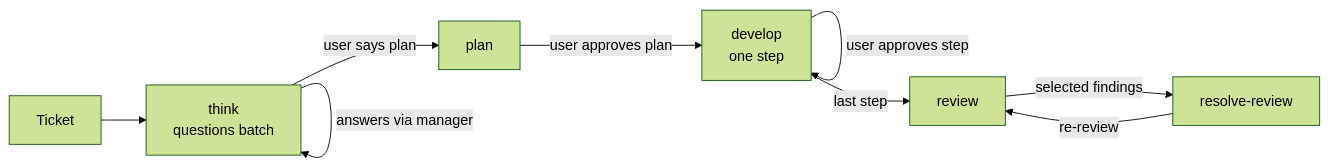
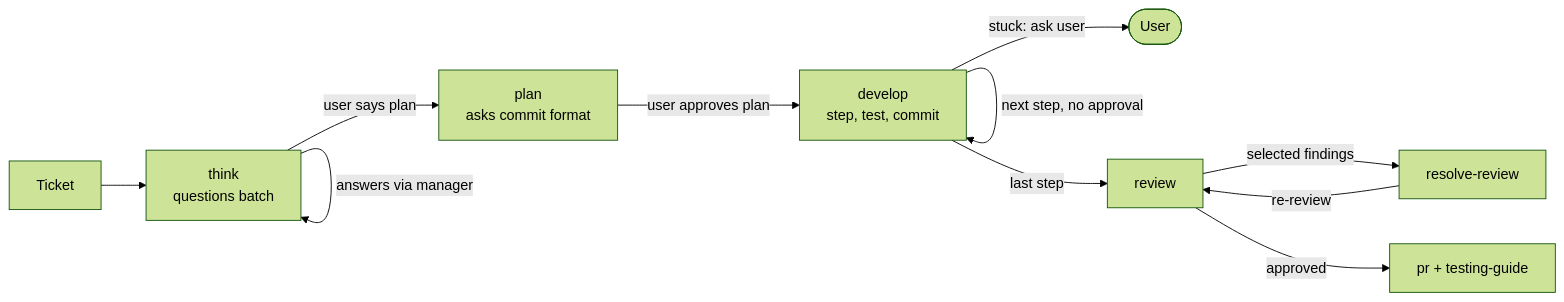
The second of 3 diagrams in agent-workflow/docs/architecture/ARCHITECTURE.md (le0u0/plugins), drawn with Mermaid (forest theme) before and after one commit. The commit also changed other lines of this file and 5 other files, not shown here.

Commit message:
docs: update manager, agents, and architecture for the new workflow

````diff
--- a/agent-workflow/docs/architecture/ARCHITECTURE.md
+++ b/agent-workflow/docs/architecture/ARCHITECTURE.md
@@ -27,11 +27,13 @@
 ```mermaid
 flowchart LR
     T[Ticket] --> TH[think<br/>questions batch]
     TH -->|answers via manager| TH
-    TH -->|user says plan| PL[plan]
-    PL -->|user approves plan| S[develop<br/>one step]
-    S -->|user approves step| S
+    TH -->|user says plan| PL[plan<br/>asks commit format]
+    PL -->|user approves plan| S[develop<br/>step, test, commit]
+    S -->|next step, no approval| S
+    S -->|stuck: ask user| U2([User])
     S -->|last step| RV[review]
     RV -->|selected findings| RS[resolve-review]
     RS -->|re-review| RV
+    RV -->|approved| PR[pr + testing-guide]
 ```
````
